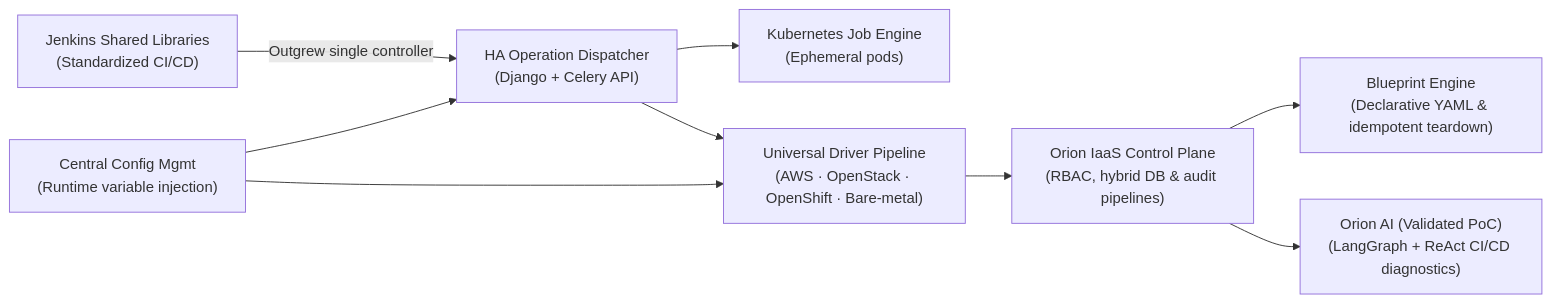
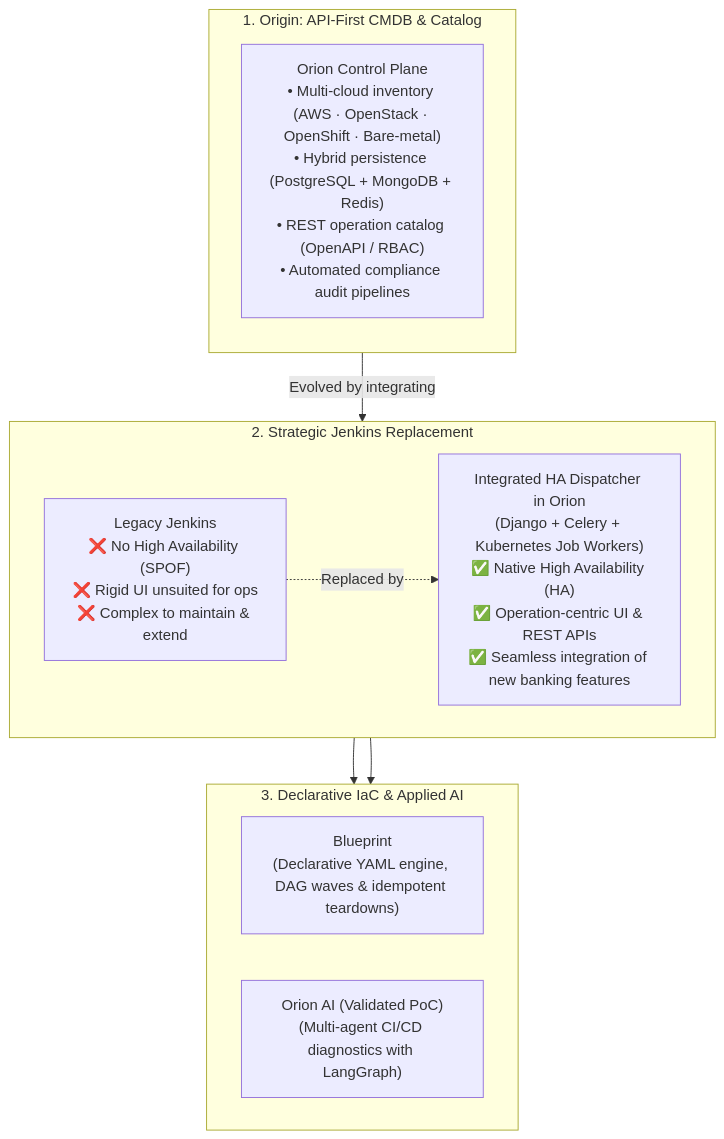
Before and after one commit to oredondo/oredondo.github.io: the diagram in docs/index.md, drawn with Mermaid. The commit also changed other lines of this file and 3 other files, not shown here.

Commit message:
docs: clarify Orion architectural evolution from CMDB/catalog to HA Dispatcher replacing Jenkins

````diff
--- a/docs/index.md
+++ b/docs/index.md
@@ -52,10 +57,21 @@
 ```mermaid
-flowchart LR
-    JSL["Jenkins Shared Libraries<br/>(Standardized CI/CD)"] -->|"Outgrew single controller"| DISP["HA Operation Dispatcher<br/>(Django + Celery API)"]
-    CFG["Central Config Mgmt<br/>(Runtime variable injection)"] --> DISP & PIPE
-    DISP --> K8S["Kubernetes Job Engine<br/>(Ephemeral pods)"]
-    DISP --> PIPE["Universal Driver Pipeline<br/>(AWS · OpenStack · OpenShift · Bare-metal)"]
-    PIPE --> ORION["Orion IaaS Control Plane<br/>(RBAC, hybrid DB & audit pipelines)"]
-    ORION --> BP["Blueprint Engine<br/>(Declarative YAML & idempotent teardown)"]
-    ORION --> AI["Orion AI (Validated PoC)<br/>(LangGraph + ReAct CI/CD diagnostics)"]
+flowchart TD
+    subgraph Origin["1. Origin: API-First CMDB & Catalog"]
+        direction TB
+        CMDB["Orion Control Plane<br/>• Multi-cloud inventory (AWS · OpenStack · OpenShift · Bare-metal)<br/>• Hybrid persistence (PostgreSQL + MongoDB + Redis)<br/>• REST operation catalog (OpenAPI / RBAC)<br/>• Automated compliance audit pipelines"]
+    end
+
+    subgraph Replacement["2. Strategic Jenkins Replacement"]
+        direction LR
+        JNK["Legacy Jenkins<br/>❌ No High Availability (SPOF)<br/>❌ Rigid UI unsuited for ops<br/>❌ Complex to maintain & extend"] -.->|"Replaced by"| DISP["Integrated HA Dispatcher in Orion<br/>(Django + Celery + Kubernetes Job Workers)<br/>✅ Native High Availability (HA)<br/>✅ Operation-centric UI & REST APIs<br/>✅ Seamless integration of new banking features"]
+    end
+
+    subgraph Expansion["3. Declarative IaC & Applied AI"]
+        direction LR
+        BP["Blueprint<br/>(Declarative YAML engine, DAG waves & idempotent teardowns)"]
+        AI["Orion AI (Validated PoC)<br/>(Multi-agent CI/CD diagnostics with LangGraph)"]
+    end
+
+    CMDB -->|"Evolved by integrating"| DISP
+    DISP --> BP & AI
 ```
````
